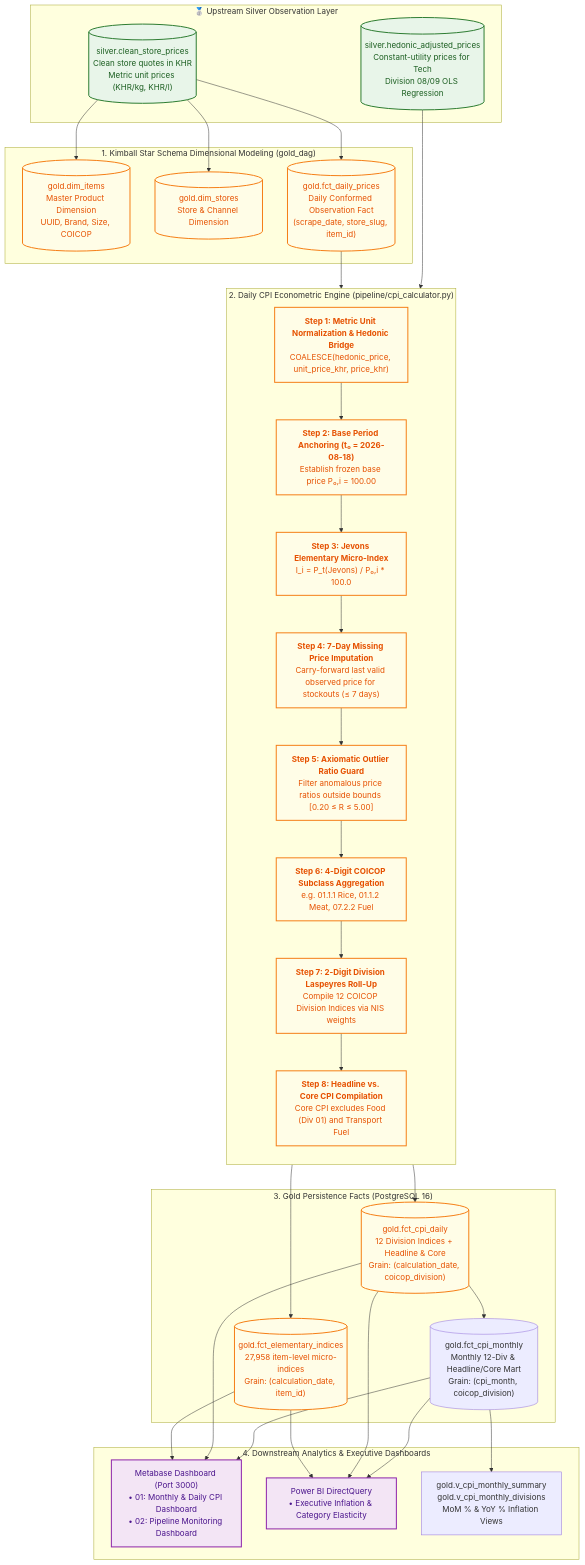
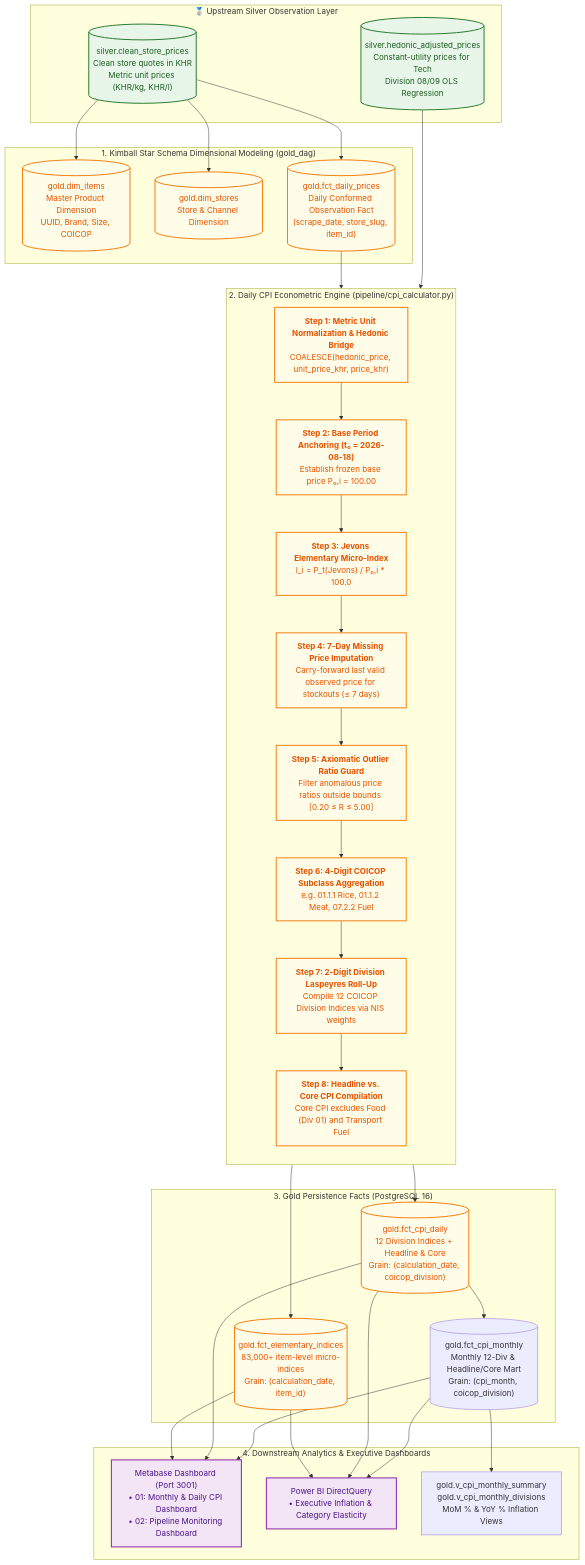
The diagram in docs/GOLD_LAYER_CPI_METHODOLOGY_GUIDE.md (Korngmeng-Taing/Cambodia-cpi-pipeline), drawn with Mermaid before and after one commit. The commit also changed 5 other files, not shown here.

````diff
--- a/docs/GOLD_LAYER_CPI_METHODOLOGY_GUIDE.md
+++ b/docs/GOLD_LAYER_CPI_METHODOLOGY_GUIDE.md
@@ -29,59 +29,59 @@
 ```mermaid
 flowchart TD
     subgraph SilverInput["🥈 Upstream Silver Observation Layer"]
         S1[("silver.clean_store_prices<br>Clean store quotes in KHR<br>Metric unit prices (KHR/kg, KHR/l)")]
         S2[("silver.hedonic_adjusted_prices<br>Constant-utility prices for Tech<br>Division 08/09 OLS Regression")]
     end
 
     subgraph GoldStar["1. Kimball Star Schema Dimensional Modeling (gold_dag)"]
         D_ITEM[("gold.dim_items<br>Master Product Dimension<br>UUID, Brand, Size, COICOP")]
         D_STORE[("gold.dim_stores<br>Store & Channel Dimension")]
         F_DAILY[("gold.fct_daily_prices<br>Daily Conformed Observation Fact<br>(scrape_date, store_slug, item_id)")]
 
         S1 --> D_ITEM
         S1 --> D_STORE
         S1 --> F_DAILY
     end
 
     subgraph GoldEngine["2. Daily CPI Econometric Engine (pipeline/cpi_calculator.py)"]
         direction TB
         E1["<b>Step 1: Metric Unit Normalization & Hedonic Bridge</b><br>COALESCE(hedonic_price, unit_price_khr, price_khr)"]
         E2["<b>Step 2: Base Period Anchoring (t₀ = 2026-08-18)</b><br>Establish frozen base price P₀,i = 100.00"]
         E3["<b>Step 3: Jevons Elementary Micro-Index</b><br>I_i = P_t(Jevons) / P₀,i * 100.0"]
         E4["<b>Step 4: 7-Day Missing Price Imputation</b><br>Carry-forward last valid observed price for stockouts (≤ 7 days)"]
         E5["<b>Step 5: Axiomatic Outlier Ratio Guard</b><br>Filter anomalous price ratios outside bounds [0.20 ≤ R ≤ 5.00]"]
         E6["<b>Step 6: 4-Digit COICOP Subclass Aggregation</b><br>e.g. 01.1.1 Rice, 01.1.2 Meat, 07.2.2 Fuel"]
         E7["<b>Step 7: 2-Digit Division Laspeyres Roll-Up</b><br>Compile 12 COICOP Division Indices via NIS weights"]
         E8["<b>Step 8: Headline vs. Core CPI Compilation</b><br>Core CPI excludes Food (Div 01) and Transport Fuel"]
 
         F_DAILY & S2 --> E1
         E1 --> E2 --> E3 --> E4 --> E5 --> E6 --> E7 --> E8
     end
 
     subgraph GoldStorage["3. Gold Persistence Facts (PostgreSQL 16)"]
-        G_ELEM[("gold.fct_elementary_indices<br>27,958 item-level micro-indices<br>Grain: (calculation_date, item_id)")]
+        G_ELEM[("gold.fct_elementary_indices<br>83,000+ item-level micro-indices<br>Grain: (calculation_date, item_id)")]
         G_CPI[("gold.fct_cpi_daily<br>12 Division Indices + Headline & Core<br>Grain: (calculation_date, coicop_division)")]
         G_MON[("gold.fct_cpi_monthly<br>Monthly 12-Div & Headline/Core Mart<br>Grain: (cpi_month, coicop_division)")]
 
         E5 --> G_ELEM
         E8 --> G_CPI --> G_MON
     end
 
     subgraph ServingLayer["4. Downstream Analytics & Executive Dashboards"]
-        M1["Metabase Dashboard (Port 3000)<br>• 01: Monthly & Daily CPI Dashboard<br>• 02: Pipeline Monitoring Dashboard"]
+        M1["Metabase Dashboard (Port 3001)<br>• 01: Monthly & Daily CPI Dashboard<br>• 02: Pipeline Monitoring Dashboard"]
         M2["Power BI DirectQuery<br>• Executive Inflation & Category Elasticity"]
         V_MON["gold.v_cpi_monthly_summary<br>gold.v_cpi_monthly_divisions<br>MoM % & YoY % Inflation Views"]
 
         G_ELEM & G_CPI & G_MON --> M1 & M2
         G_MON --> V_MON
     end
 
 
     classDef slv fill:#e8f5e9,stroke:#2e7d32,stroke-width:2px,color:#1b5e20;
     classDef gld fill:#fffde7,stroke:#f57f17,stroke-width:2px,color:#e65100;
     classDef srv fill:#f3e5f5,stroke:#8e24aa,stroke-width:2px,color:#4a148c;
 
     class S1,S2 slv;
     class D_ITEM,D_STORE,F_DAILY,E1,E2,E3,E4,E5,E6,E7,E8,G_ELEM,G_CPI gld;
     class M1,M2 srv;
 ```
````
